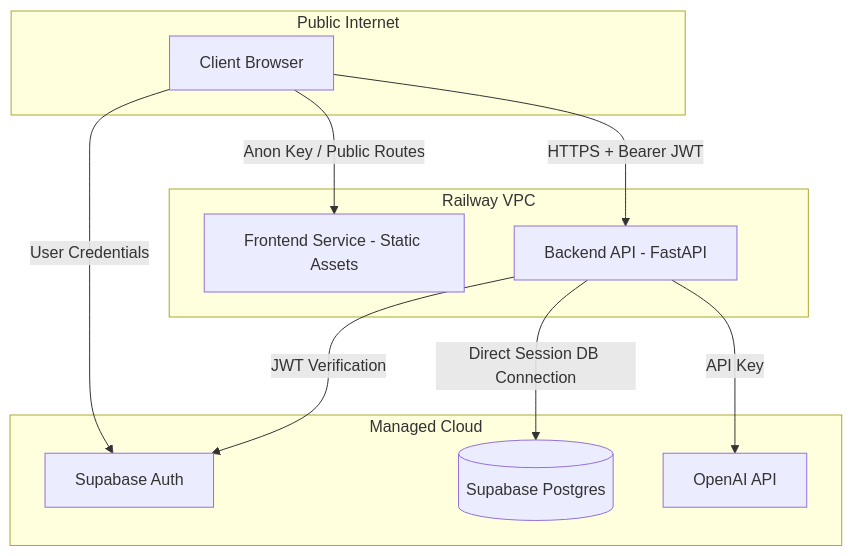
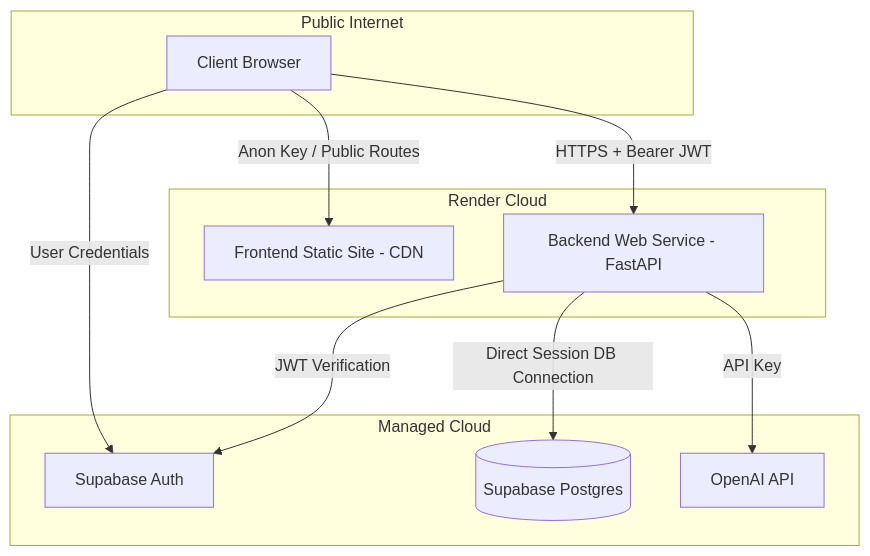
The second of 6 diagrams in docs/architecture.md (farazahmad-ai/Sarah-Cannon-Research-Institute-SCRI-), drawn with Mermaid before and after one commit. The commit also changed other lines of this file and 5 other files, not shown here.

````diff
--- a/docs/architecture.md
+++ b/docs/architecture.md
@@ -90,24 +90,24 @@
 ```mermaid
 graph TD
     subgraph Public Internet
         Browser[Client Browser]
     end
 
-    subgraph Railway VPC
-        FE[Frontend Service - Static Assets]
-        BE[Backend API - FastAPI]
+    subgraph Render Cloud
+        FE[Frontend Static Site - CDN]
+        BE[Backend Web Service - FastAPI]
     end
 
     subgraph Managed Cloud
         SupaAuth[Supabase Auth]
         SupaDB[(Supabase Postgres)]
         OpenAIAPI[OpenAI API]
     end
 
     Browser -->|Anon Key / Public Routes| FE
     Browser -->|User Credentials| SupaAuth
     Browser -->|HTTPS + Bearer JWT| BE
     BE -->|JWT Verification| SupaAuth
     BE -->|Direct Session DB Connection| SupaDB
     BE -->|API Key| OpenAIAPI
 ```
````
